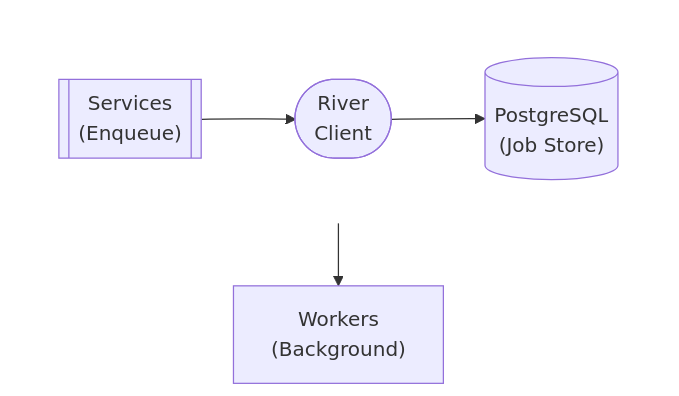
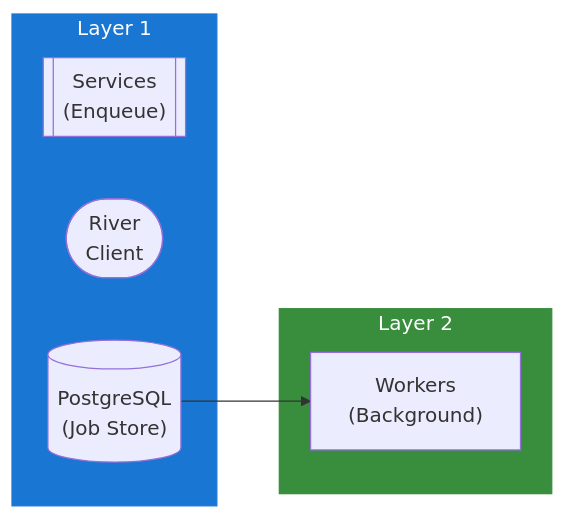
One commit to lusoris/revenge changed the diagram in docs/dev/design/integrations/infrastructure/RIVER.md. Above: the diagram before and after it, drawn with Mermaid. The commit also changed 215 other files, not shown here.

First line of the commit message:
feat(diagrams): convert all ASCII diagrams to Mermaid with LR subgraphs

````diff
--- a/docs/dev/design/integrations/infrastructure/RIVER.md
+++ b/docs/dev/design/integrations/infrastructure/RIVER.md
@@ -58,16 +58,19 @@
 ```mermaid
-flowchart TD
-    subgraph row1[ ]
-        direction LR
+flowchart LR
+    subgraph Layer1["Layer 1"]
         node1[["Services<br/>(Enqueue)"]]
         node2(["River<br/>Client"])
         node3[("PostgreSQL<br/>(Job Store)")]
     end
-    node4["Workers<br/>(Background)"]
-    node1 --> node2
-    node2 --> node3
+
+    subgraph Layer2["Layer 2"]
+        node4["Workers<br/>(Background)"]
+    end
+
+    %% Connections
     node3 --> node4
 
-    %% Hide row subgraph borders
-    style row1 fill:transparent,stroke:transparent
+    %% Styling
+    style Layer1 fill:#1976D2,stroke:#1976D2,color:#fff
+    style Layer2 fill:#388E3C,stroke:#388E3C,color:#fff
 ```
````
